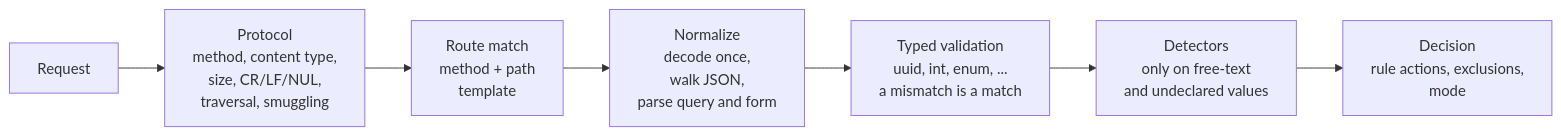
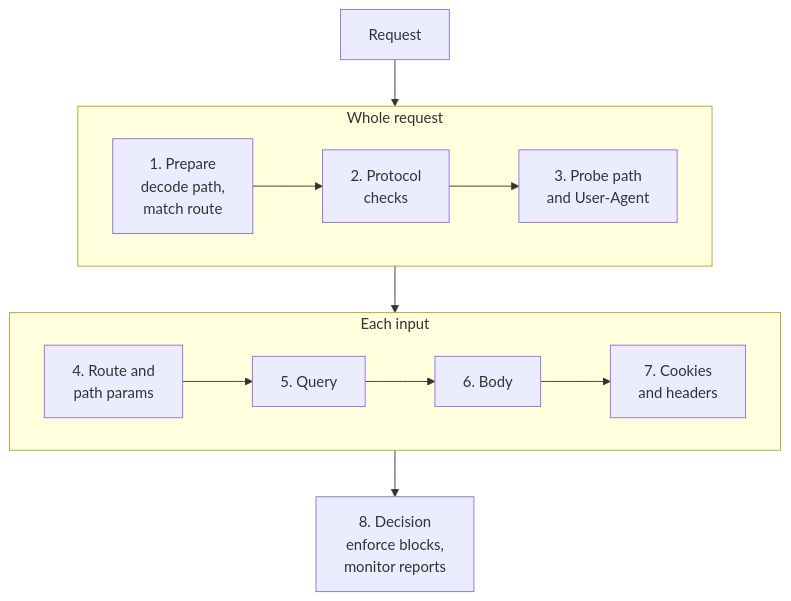
Before and after one commit to ergasterion-dev/aegolith: the first of 2 diagrams in README.md, drawn with Mermaid. The commit also changed other lines of this file, not shown here.

````diff
--- a/README.md
+++ b/README.md
@@ -142,9 +157,14 @@
 ```mermaid
-flowchart LR
-    A["Request"] --> B["Protocol<br/>method, content type,<br/>size, CR/LF/NUL,<br/>traversal, smuggling"]
-    B --> C["Route match<br/>method + path<br/>template"]
-    C --> D["Normalize<br/>decode once,<br/>walk JSON,<br/>parse query and form"]
-    D --> E["Typed validation<br/>uuid, int, enum, ...<br/>a mismatch is a match"]
-    E --> F["Detectors<br/>only on free-text<br/>and undeclared values"]
-    F --> G["Decision<br/>rule actions, exclusions,<br/>mode"]
+flowchart TD
+    A["Request"] --> W
+    subgraph W ["Whole request"]
+        direction LR
+        B["1. Prepare<br/>decode path,<br/>match route"] --> C["2. Protocol<br/>checks"] --> D["3. Probe path<br/>and User-Agent"]
+    end
+    W --> V
+    subgraph V ["Each input"]
+        direction LR
+        E["4. Route and<br/>path params"] --> F["5. Query"] --> G["6. Body"] --> H["7. Cookies<br/>and headers"]
+    end
+    V --> I["8. Decision<br/>enforce blocks,<br/>monitor reports"]
 ```
````
